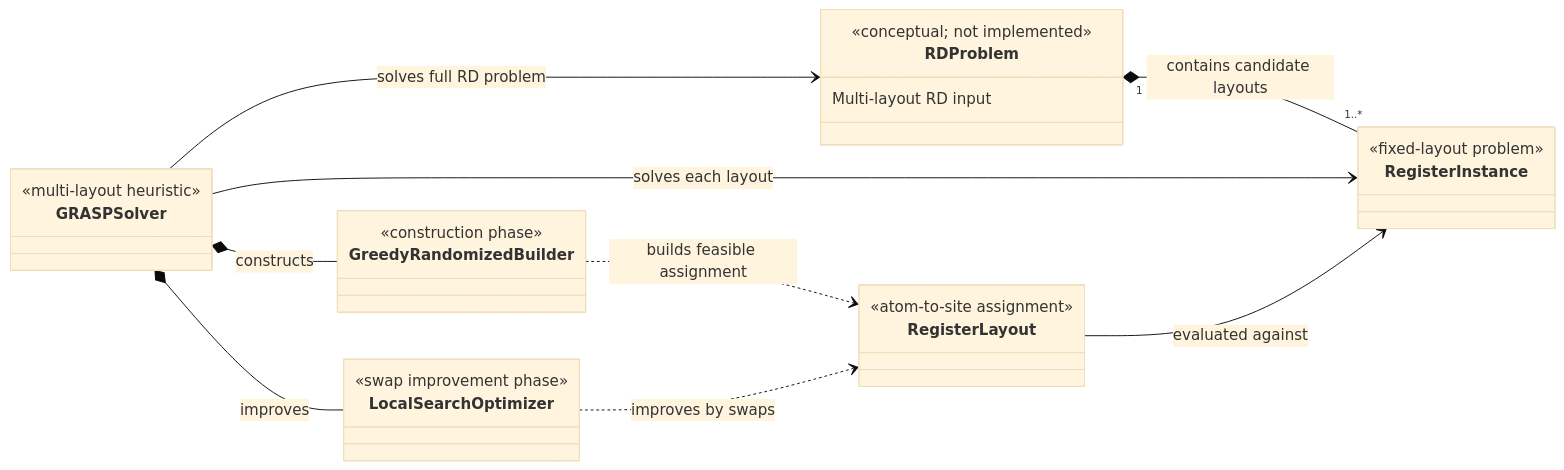
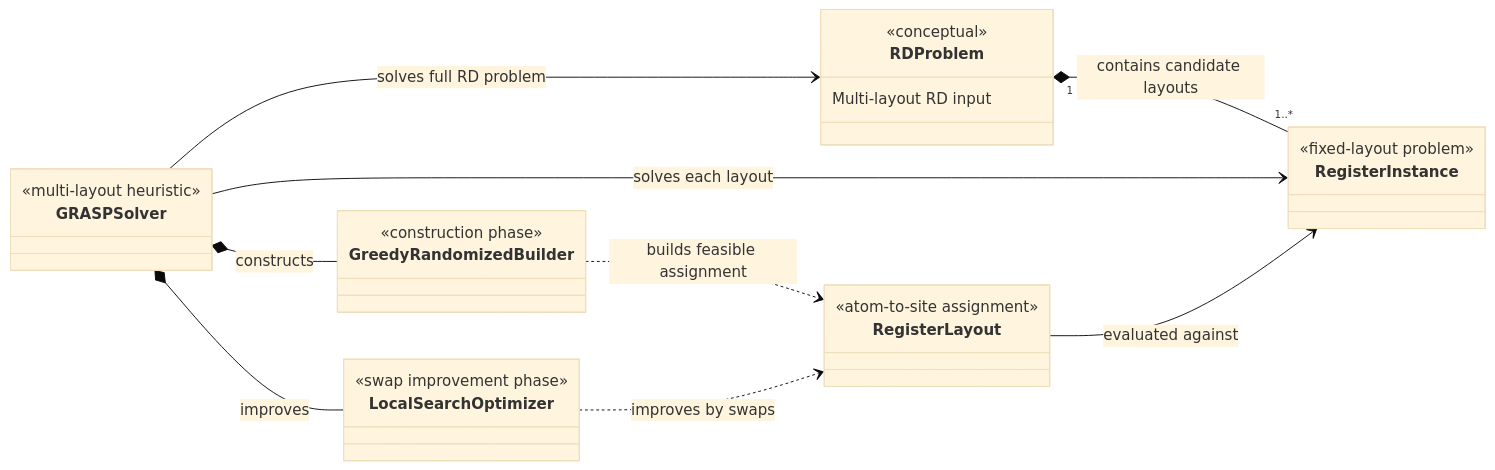
Before and after one commit to thaonc97/grasp-rd-solver: the diagram in UML-high-level.md, drawn with Mermaid (base theme). The commit also changed 2 other files, not shown here.

Commit message:
remove unnecessary files

````diff
--- a/UML-high-level.md
+++ b/UML-high-level.md
@@ -5,38 +5,38 @@
 ```mermaid
 classDiagram
     direction LR
 
     class RDProblem {
-        <<conceptual; not implemented>>
+        <<conceptual>>
         Multi-layout RD input
     }
 
     class RegisterInstance {
         <<fixed-layout problem>>
     }
 
     class RegisterLayout {
         <<atom-to-site assignment>>
     }
 
     class GRASPSolver {
         <<multi-layout heuristic>>
     }
 
     class GreedyRandomizedBuilder {
         <<construction phase>>
     }
 
     class LocalSearchOptimizer {
         <<swap improvement phase>>
     }
 
     RDProblem "1" *-- "1..*" RegisterInstance : contains candidate layouts
     GRASPSolver --> RDProblem : solves full RD problem
     GRASPSolver --> RegisterInstance : solves each layout
     GRASPSolver *-- GreedyRandomizedBuilder : constructs
     GRASPSolver *-- LocalSearchOptimizer : improves
     GreedyRandomizedBuilder ..> RegisterLayout : builds feasible assignment
     LocalSearchOptimizer ..> RegisterLayout : improves by swaps
     RegisterLayout --> RegisterInstance : evaluated against
 ```
````
